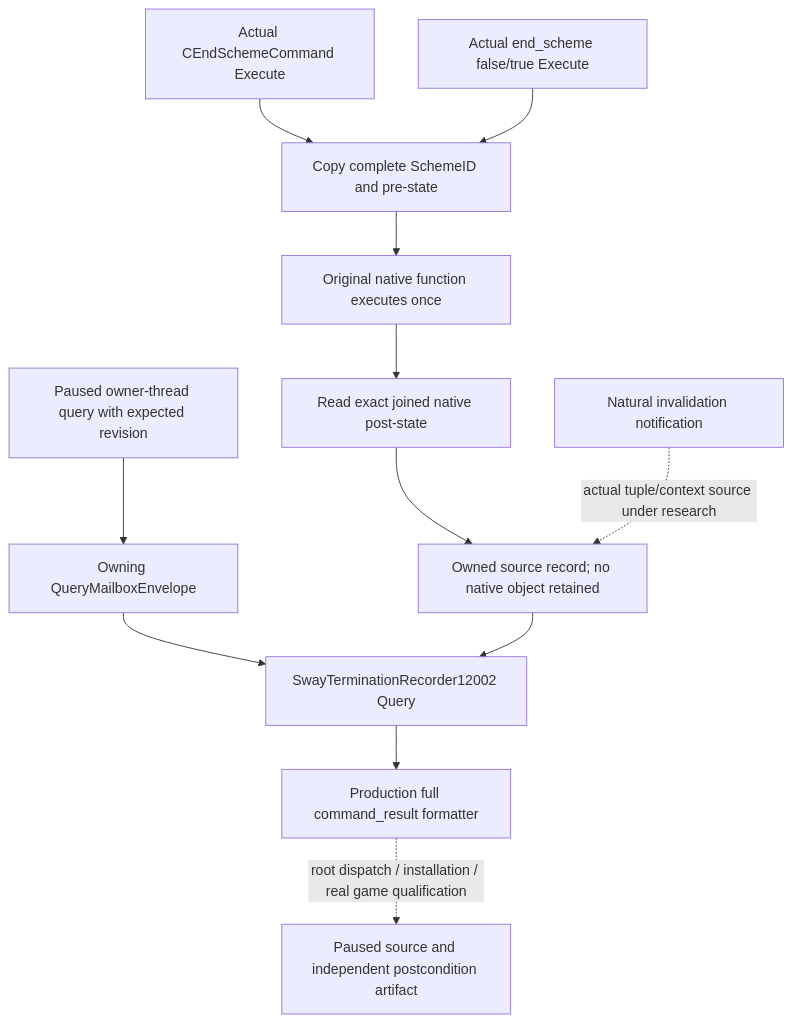
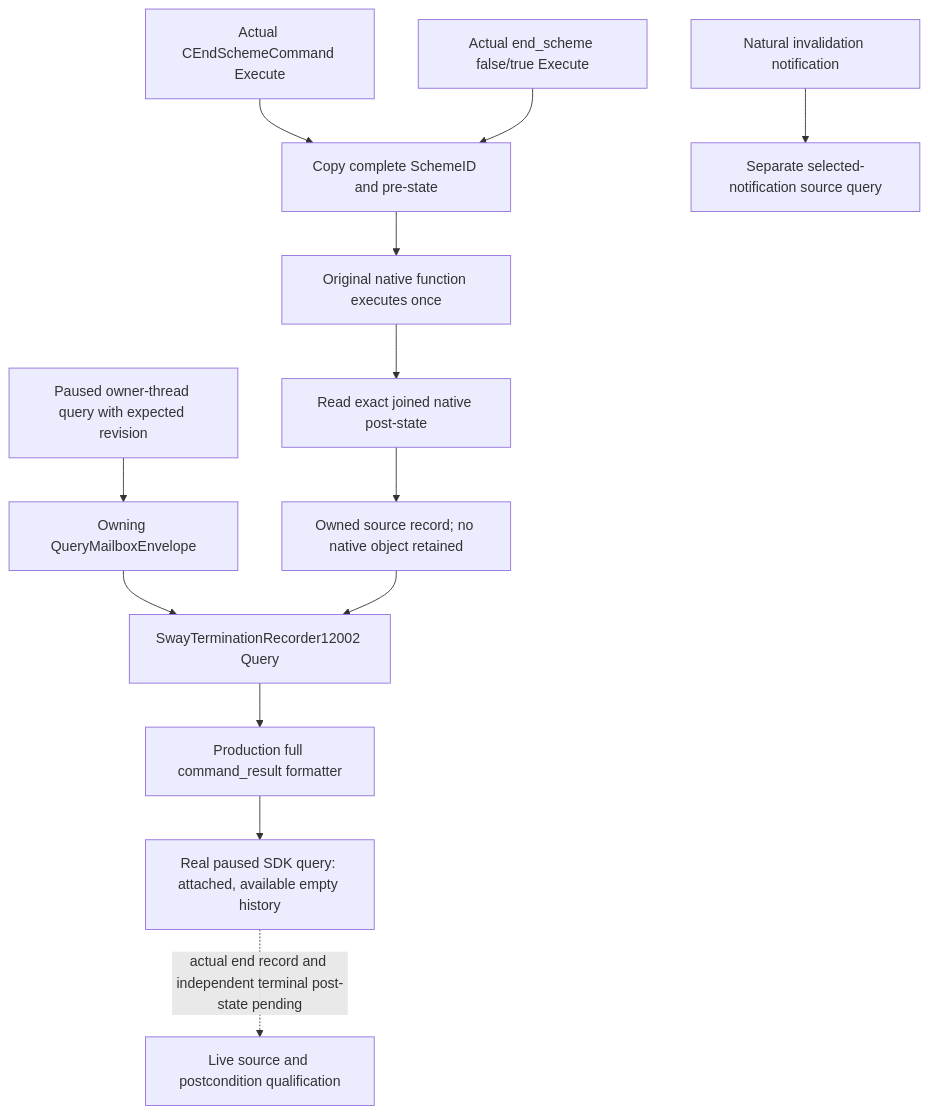
The diagram in docs/ck3-native-ai/ck3-1.20.0.2-sway-completion-termination-query.md (XenoAmess/ck3_eternal_recurrence), drawn with Mermaid before and after one commit. The commit also changed other lines of this file and 4 other files, not shown here.

Commit message:
Record paused Sway query attachment evidence

````diff
--- a/docs/ck3-native-ai/ck3-1.20.0.2-sway-completion-termination-query.md
+++ b/docs/ck3-native-ai/ck3-1.20.0.2-sway-completion-termination-query.md
@@ -11,14 +13,15 @@
 ```mermaid
 flowchart TD
   C[Actual CEndSchemeCommand Execute] --> B[Copy complete SchemeID and pre-state]
   F[Actual end_scheme false/true Execute] --> B
   B --> O[Original native function executes once]
   O --> A[Read exact joined native post-state]
   A --> R[Owned source record; no native object retained]
   P[Paused owner-thread query with expected revision] --> M[Owning QueryMailboxEnvelope]
   M --> Q[SwayTerminationRecorder12002 Query]
   R --> Q
   Q --> J[Production full command_result formatter]
-  N[Natural invalidation notification] -. actual tuple/context source under research .-> R
-  J -. root dispatch / installation / real game qualification .-> L[Paused source and independent postcondition artifact]
+  N[Natural invalidation notification] --> IQ[Separate selected-notification source query]
+  J --> L[Real paused SDK query: attached, available empty history]
+  L -. actual end record and independent terminal post-state pending .-> V[Live source and postcondition qualification]
 ```
````
